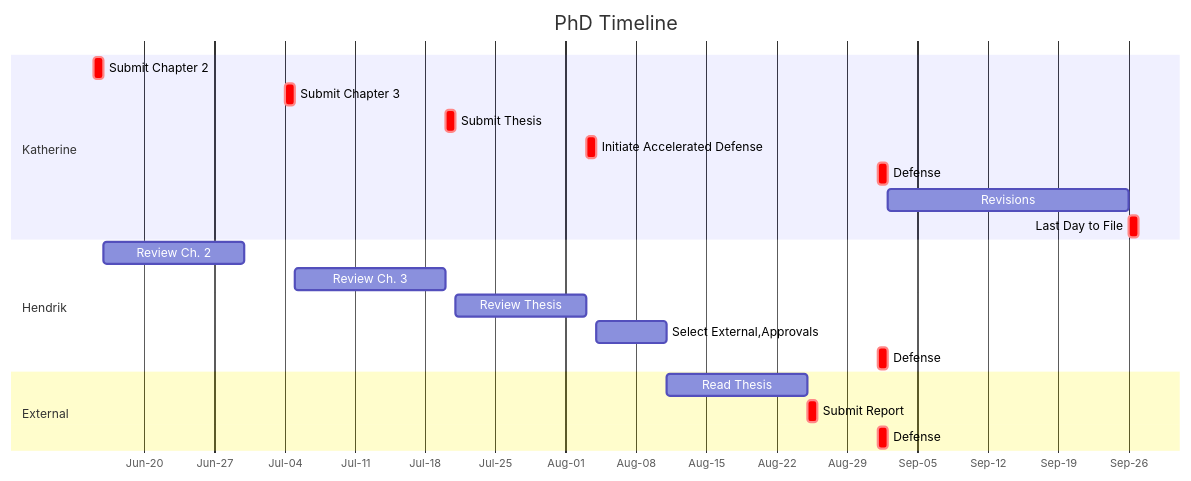
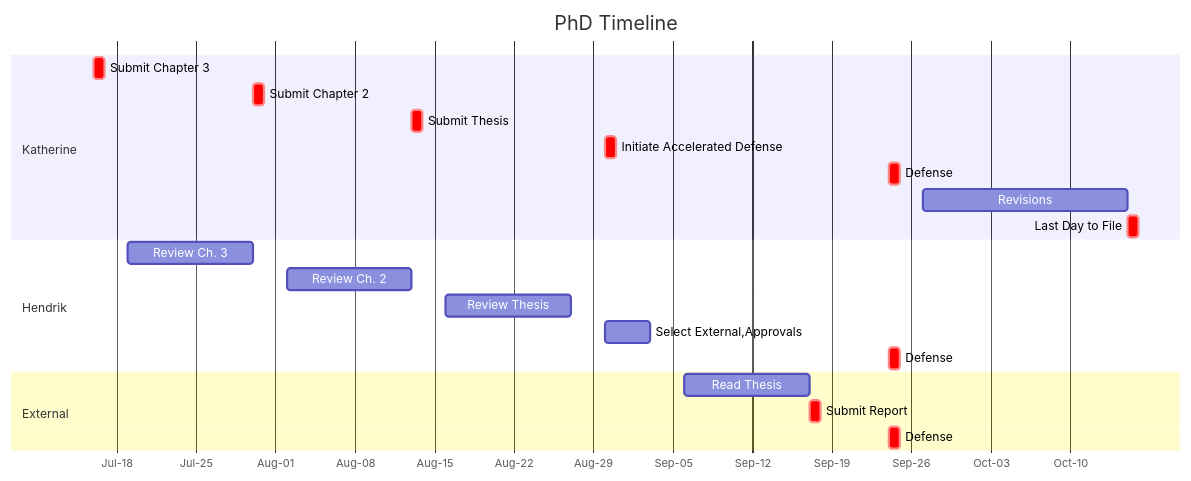
Before and after one commit to ktmeaton/obsidian-public: the diagram in academic/PhD Timeline.md, drawn with Mermaid. The commit also changed 12 other files, not shown here.

````diff
--- a/academic/PhD Timeline.md
+++ b/academic/PhD Timeline.md
@@ -1,28 +1,28 @@
 ```mermaid
 gantt
 	dateFormat  YYYY-MM-DD
 	title PhD Timeline
 	axisFormat %b-%d
 
 	section Katherine
-	Submit Chapter 2               	:   crit,submit-chap2,	    2021-06-15, 2021-06-16	
-	Submit Chapter 3               	:   crit,submit-chap3,	    2021-07-04, 2021-07-05
-	Submit Thesis            		:   crit,submit-diss,	    2021-07-20, 2021-07-21	
-	Initiate Accelerated Defense	:	crit,defense-initiate,	2021-08-03, 2021-08-04
-	Defense 	           			:	crit,defense,			2021-09-01, 2021-09-02
-	Revisions 	           			:	revisions,				2021-09-02, 2021-09-26	
-	Last Day to File 	           	:	crit,revisions,			2021-09-26, 2021-09-27
+	Submit Chapter 3               	:   crit,submit-chap3,	    2021-07-16, 2021-07-17
+	Submit Chapter 2               	:   crit,submit-chap2,	    2021-07-30, 2021-07-31	
+	Submit Thesis            		:   crit,submit-diss,	    2021-08-13, 2021-08-14	
+	Initiate Accelerated Defense	:	crit,defense-initiate,	2021-08-30, 2021-08-31
+	Defense 	           			:	crit,defense,			2021-09-24, 2021-09-25
+	Revisions 	           			:	revisions,				2021-09-27, 2021-10-15	
+	Last Day to File 	           	:	crit,revisions,			2021-10-15, 2021-10-16
 	
 	section Hendrik
-	Review Ch. 2					:	diss-chap2,	        	2021-06-16, 2021-06-30	
-	Review Ch. 3					:	diss-chap3,	        	2021-07-05, 2021-07-20
-	Review Thesis     				:   diss-review,	    	2021-07-21, 2021-08-03	
-	Select External,Approvals		:	select-ext,     		2021-08-04, 2021-08-11
-	Defense 	           			:	crit,defense,			2021-09-01, 2021-09-02	
+	Review Ch. 3					:	diss-chap3,	        	2021-07-19, 2021-07-30
+	Review Ch. 2					:	diss-chap2,	        	2021-08-02, 2021-08-13	
+	Review Thesis     				:   diss-review,	    	2021-08-16, 2021-08-27	
+	Select External,Approvals		:	select-ext,     		2021-08-30, 2021-09-03
+	Defense 	           			:	crit,defense,			2021-09-24, 2021-09-25	
 	
 	section External
-	Read Thesis	       				:	external-read,    		2021-08-11, 2021-08-25
-	Submit Report        			:	crit,external-report,	2021-08-25, 2021-08-26	
-	Defense 	           			:	crit,defense,			2021-09-01, 2021-09-02	
+	Read Thesis	       				:	external-read,    		2021-09-06, 2021-09-17
+	Submit Report        			:	crit,external-report,	2021-09-17, 2021-09-18	
+	Defense 	           			:	crit,defense,			2021-09-24, 2021-09-25	
 	
 ```
````
